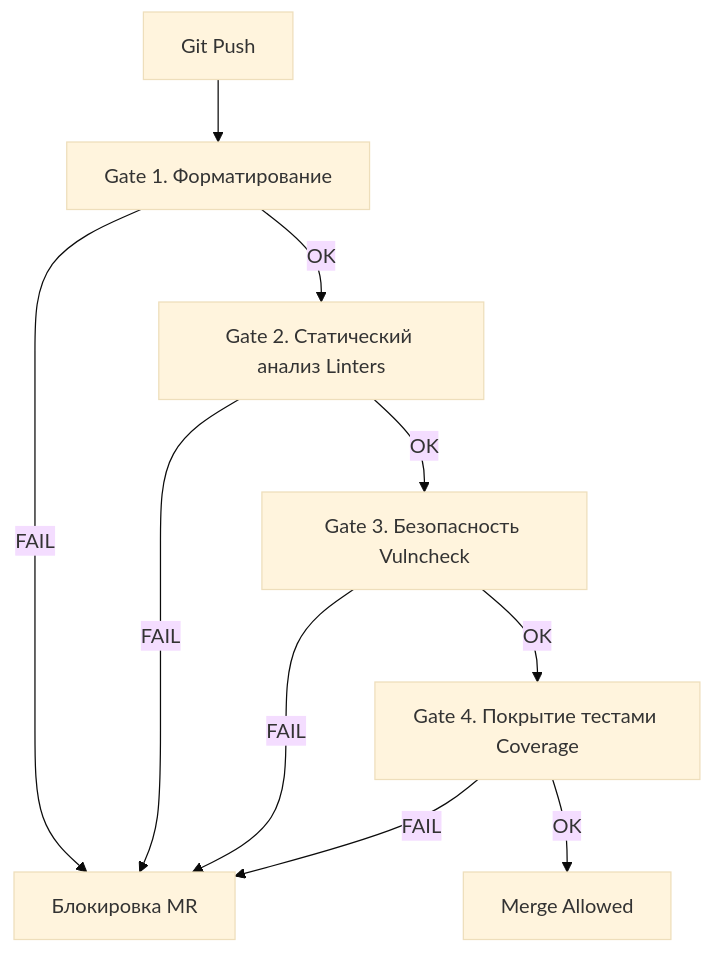
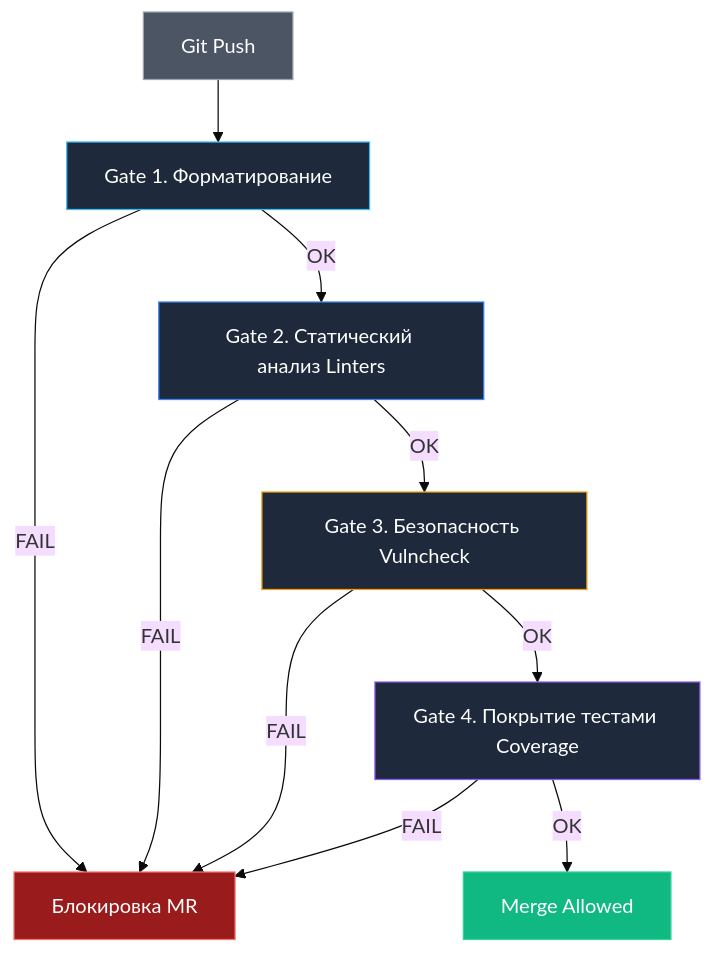
One commit to UnrealTemplier/go-textbook changed the diagram in sources/8. Инфраструктура языка, Тулинг и CI_CD/30. Линтинг и quality gates.md. Above: the diagram before and after it, drawn with Mermaid (base theme). The commit also changed other lines of this file, not shown here.

````diff
--- a/sources/8. Инфраструктура языка, Тулинг и CI_CD/30. Линтинг и quality gates.md
+++ b/sources/8. Инфраструктура языка, Тулинг и CI_CD/30. Линтинг и quality gates.md
@@ -10,12 +13,20 @@
 ```mermaid
 flowchart TD
     A["Git Push"] --> B["Gate 1. Форматирование"]
     B -- "FAIL" --> C["Блокировка MR"]
     B -- "OK" --> D["Gate 2. Статический анализ Linters"]
     D -- "FAIL" --> C
     D -- "OK" --> E["Gate 3. Безопасность Vulncheck"]
     E -- "FAIL" --> C
     E -- "OK" --> F["Gate 4. Покрытие тестами Coverage"]
     F -- "FAIL" --> C
     F -- "OK" --> G["Merge Allowed"]
+    
+    style A fill:#4b5563,stroke:#9ca3af,color:#fff
+    style B fill:#1e293b,stroke:#38bdf8,color:#fff
+    style D fill:#1e293b,stroke:#3b82f6,color:#fff
+    style E fill:#1e293b,stroke:#f59e0b,color:#fff
+    style F fill:#1e293b,stroke:#8b5cf6,color:#fff
+    style C fill:#991b1b,stroke:#f87171,color:#fff
+    style G fill:#10b981,stroke:#34d399,color:#fff
 ```
````
